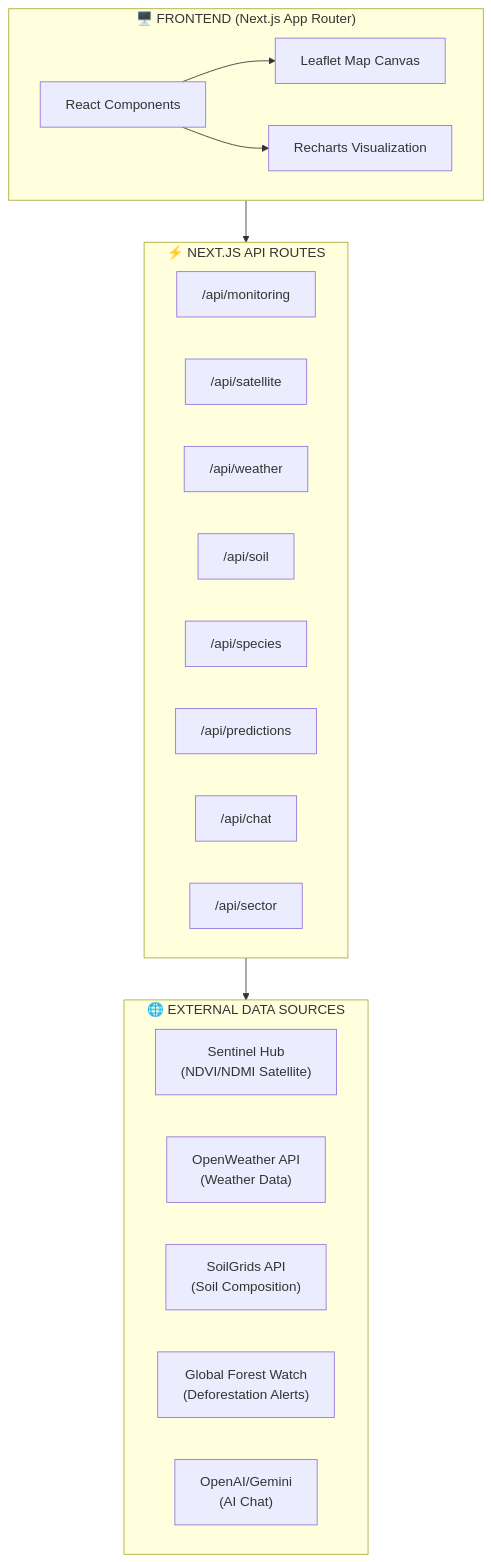
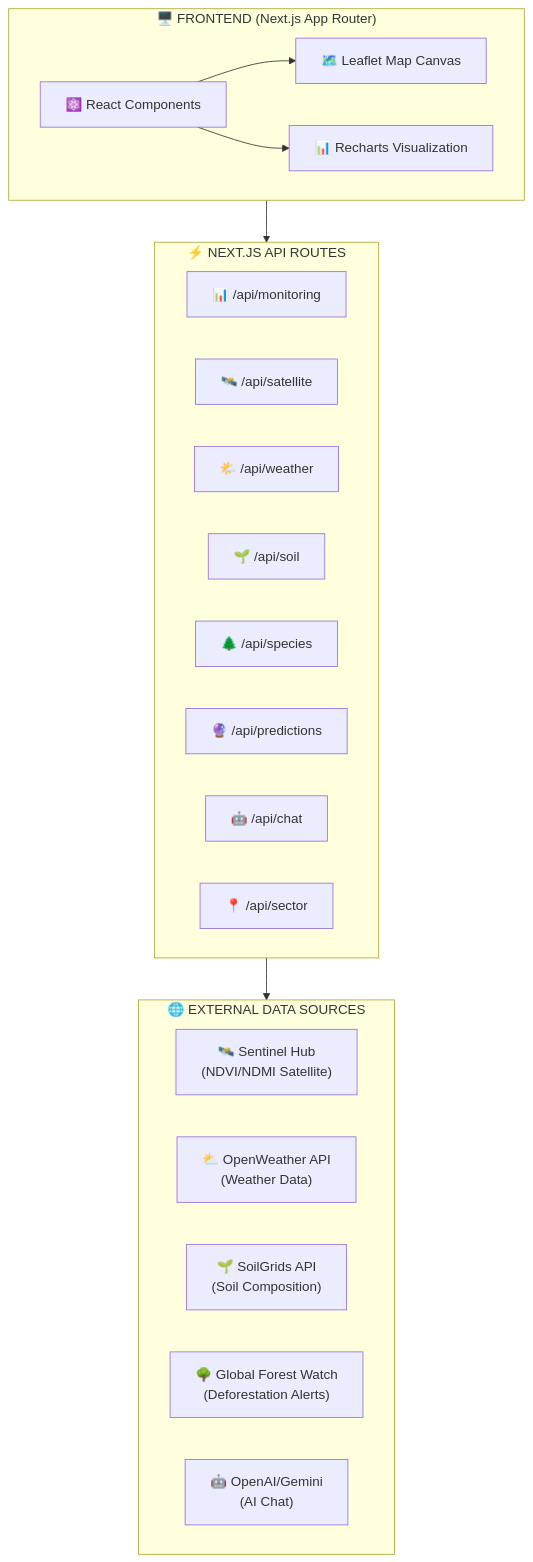
The first of 3 diagrams in README.md (SANSKAR2803/Habitat_tsechacks), drawn with Mermaid before and after one commit. The commit also changed other lines of this file, not shown here.

````diff
--- a/README.md
+++ b/README.md
@@ -94,33 +200,33 @@
 ```mermaid
 flowchart TB
     subgraph Frontend["🖥️ FRONTEND (Next.js App Router)"]
-        UI[React Components]
-        Map[Leaflet Map Canvas]
-        Charts[Recharts Visualization]
-        
+        UI["⚛️ React Components"]
+        Map["🗺️ Leaflet Map Canvas"]
+        Charts["📊 Recharts Visualization"]
+
         UI --> Map
         UI --> Charts
     end
-    
+
     subgraph APIRoutes["⚡ NEXT.JS API ROUTES"]
-        Monitoring["/api/monitoring"]
-        Satellite["/api/satellite"]
-        Weather["/api/weather"]
-        Soil["/api/soil"]
-        Species["/api/species"]
-        Predictions["/api/predictions"]
-        Chat["/api/chat"]
-        Sector["/api/sector"]
+        Monitoring["📊 /api/monitoring"]
+        Satellite["🛰️ /api/satellite"]
+        Weather["🌤️ /api/weather"]
+        Soil["🌱 /api/soil"]
+        Species["🌲 /api/species"]
+        Predictions["🔮 /api/predictions"]
+        Chat["🤖 /api/chat"]
+        Sector["📍 /api/sector"]
     end
-    
+
     subgraph ExternalAPIs["🌐 EXTERNAL DATA SOURCES"]
-        Sentinel["Sentinel Hub<br/>(NDVI/NDMI Satellite)"]
-        OpenWeather["OpenWeather API<br/>(Weather Data)"]
-        SoilGrids["SoilGrids API<br/>(Soil Composition)"]
-        GFW["Global Forest Watch<br/>(Deforestation Alerts)"]
-        OpenAI["OpenAI/Gemini<br/>(AI Chat)"]
+        Sentinel["🛰️ Sentinel Hub<br/>(NDVI/NDMI Satellite)"]
+        OpenWeather["⛅ OpenWeather API<br/>(Weather Data)"]
+        SoilGrids["🌱 SoilGrids API<br/>(Soil Composition)"]
+        GFW["🌳 Global Forest Watch<br/>(Deforestation Alerts)"]
+        OpenAI["🤖 OpenAI/Gemini<br/>(AI Chat)"]
     end
-    
+
     Frontend --> APIRoutes
     APIRoutes --> ExternalAPIs
 ```
````
